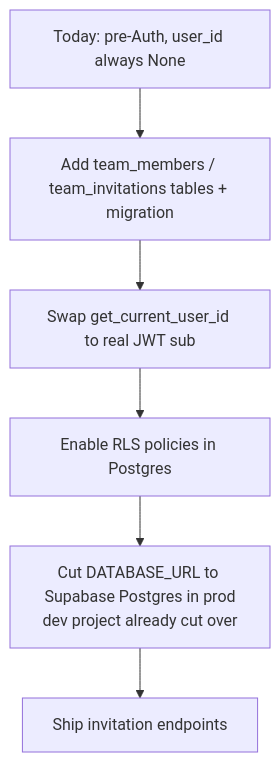
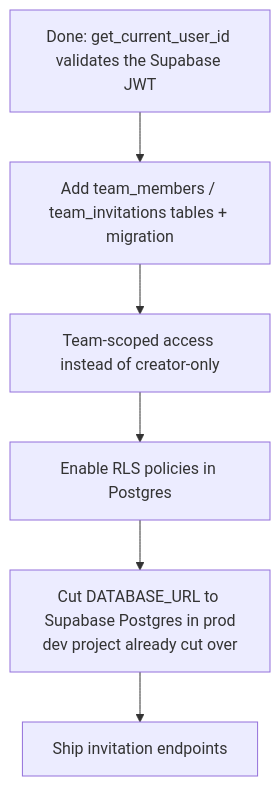
Before and after one commit to LasterBergamot/lineup: the second of 2 diagrams in documentation/Roadmap-Backend.md, drawn with Mermaid. The commit also changed other lines of this file and 31 other files, not shown here.

````diff
--- a/documentation/Roadmap-Backend.md
+++ b/documentation/Roadmap-Backend.md
@@ -78,8 +78,8 @@
 ```mermaid
 flowchart TD
-    A[Today: pre-Auth, user_id always None] --> B[Add team_members / team_invitations tables + migration]
-    B --> C[Swap get_current_user_id to real JWT sub]
+    A[Done: get_current_user_id validates the Supabase JWT] --> B[Add team_members / team_invitations tables + migration]
+    B --> C[Team-scoped access instead of creator-only]
     C --> D[Enable RLS policies in Postgres]
     D --> E[Cut DATABASE_URL to Supabase Postgres in prod<br/>dev project already cut over]
     E --> F[Ship invitation endpoints]
 ```
````
